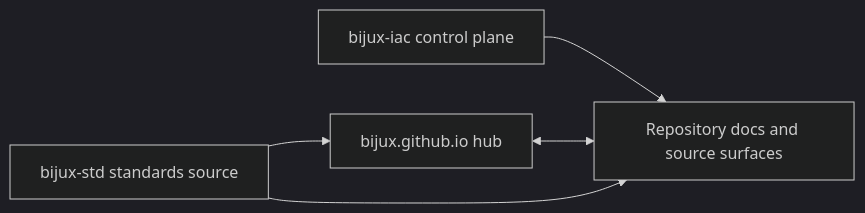
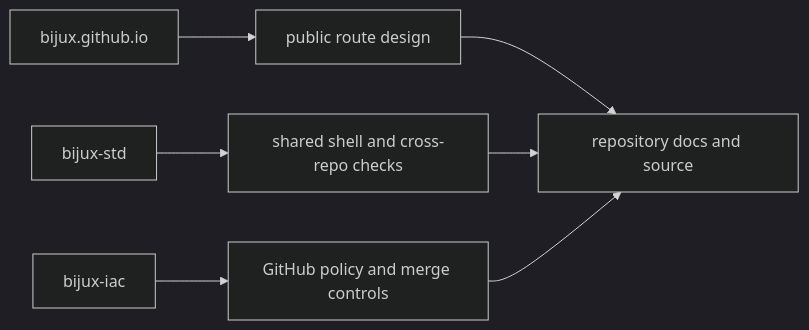
One commit to bijux/bijux.github.io changed the second of 2 diagrams in docs/01-platform/public-surface/index.md. Above: the diagram before and after it, drawn with Mermaid (dark theme). The commit also changed other lines of this file, not shown here.

Commit message:
docs(platform): redraw public surface routes

````diff
--- a/docs/01-platform/public-surface/index.md
+++ b/docs/01-platform/public-surface/index.md
@@ -108,7 +107,9 @@
 ```mermaid
 graph LR
-    iac["bijux-iac control plane"] --> repos["Repository docs and source surfaces"]
-    hub["bijux.github.io hub"] <--> repos
-    std["bijux-std standards source"] --> hub
-    std --> repos
+    iac["bijux-iac"] --> policy["GitHub policy and merge controls"]
+    std["bijux-std"] --> shell["shared shell and cross-repo checks"]
+    hub["bijux.github.io"] --> routes["public route design"]
+    routes --> repos["repository docs and source"]
+    shell --> repos
+    policy --> repos
 ```
````
